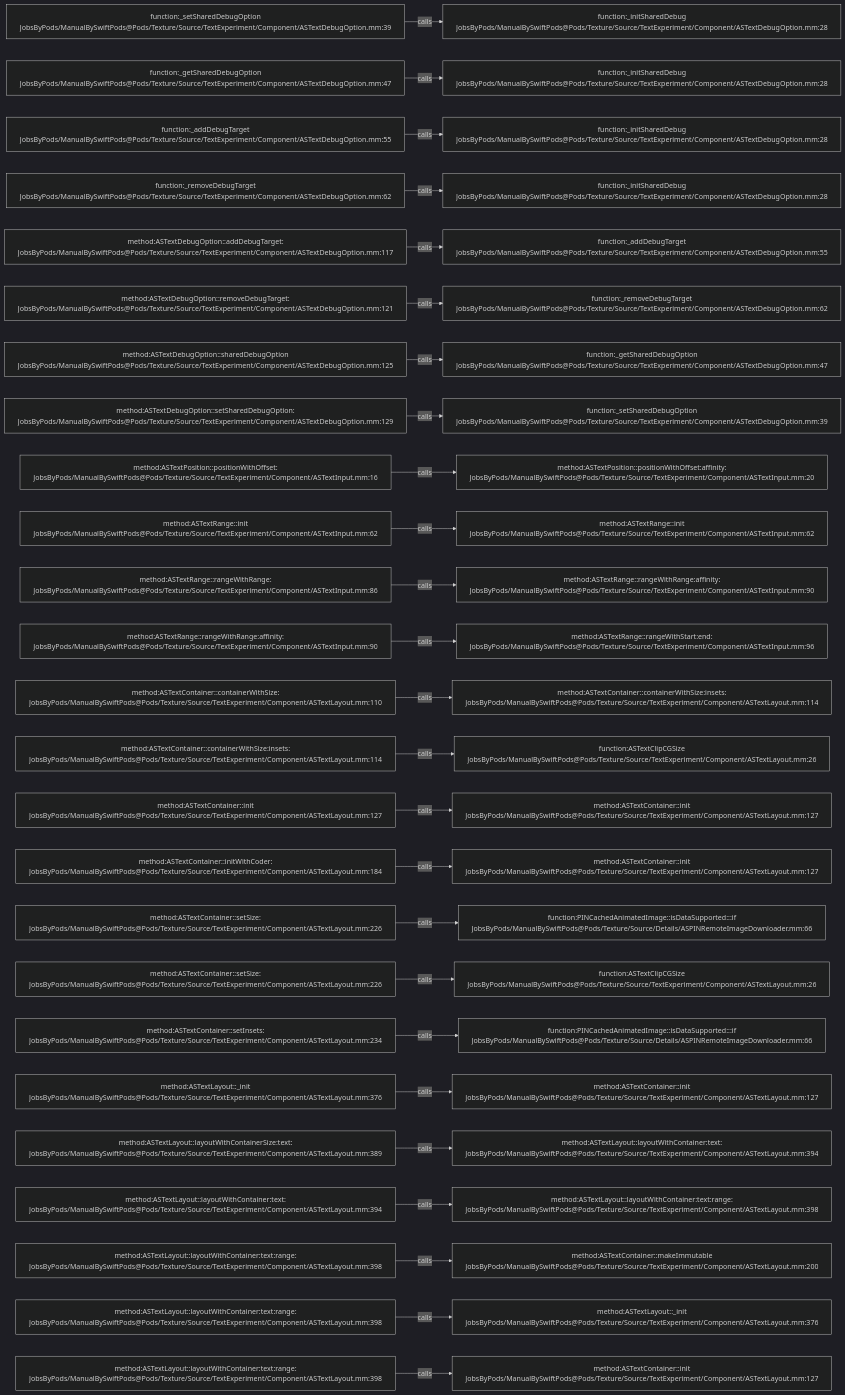
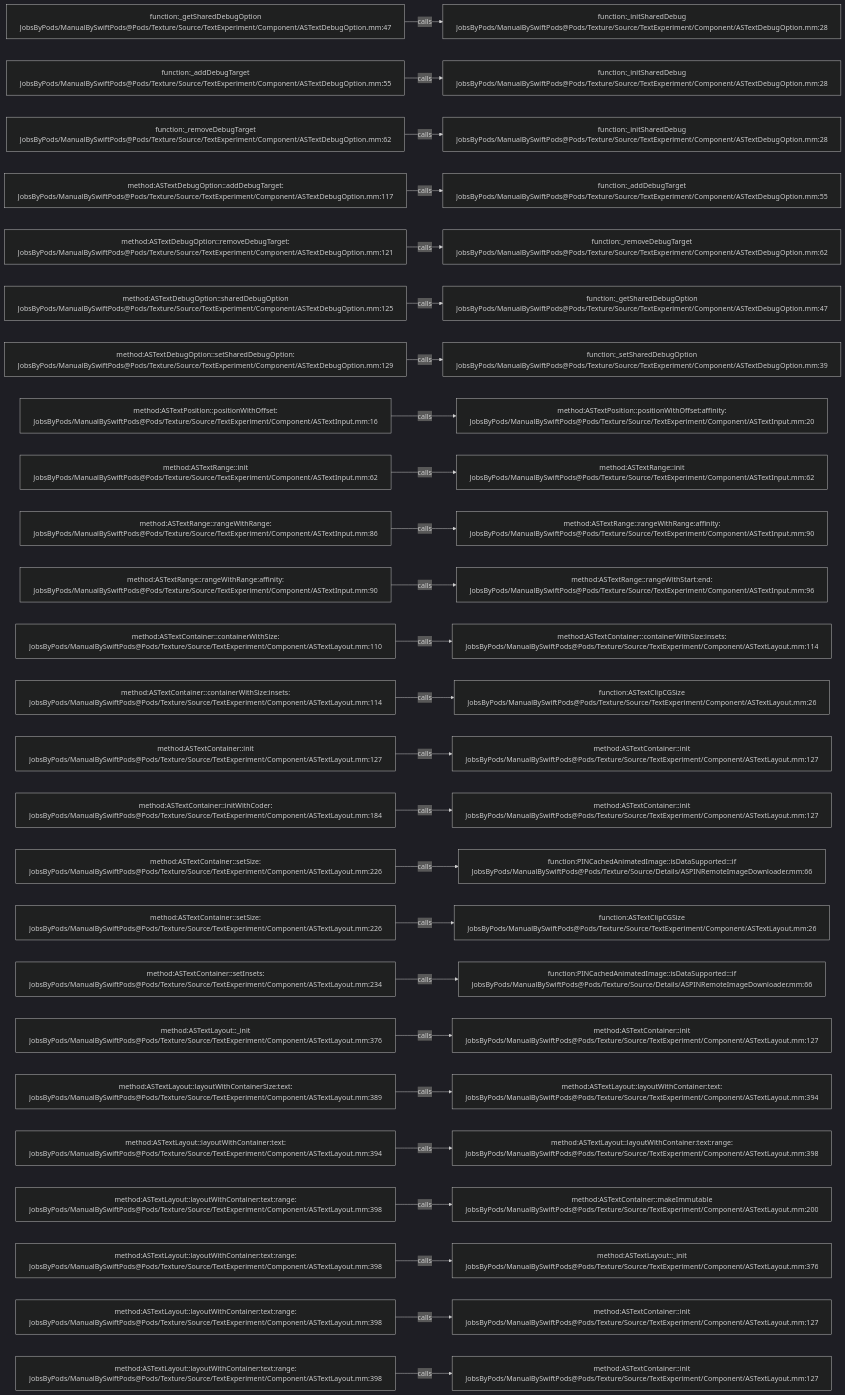
Before and after one commit to JobsKits/JobsSwiftBaseConfigDemo: the diagram in .codegraph/codegraph.md/graphs/calls-131.md, drawn with Mermaid (dark theme). The commit also changed 747 other files, not shown here.

````diff
--- a/.codegraph/codegraph.md/graphs/calls-131.md
+++ b/.codegraph/codegraph.md/graphs/calls-131.md
@@ -13,78 +13,78 @@
 ```mermaid
 flowchart LR
-  S1["function:_setSharedDebugOption<br/>JobsByPods/ManualBySwiftPods@Pods/Texture/Source/TextExperiment/Component/ASTextDebugOption.mm:39"]
+  S1["function:_getSharedDebugOption<br/>JobsByPods/ManualBySwiftPods@Pods/Texture/Source/TextExperiment/Component/ASTextDebugOption.mm:47"]
   T1["function:_initSharedDebug<br/>JobsByPods/ManualBySwiftPods@Pods/Texture/Source/TextExperiment/Component/ASTextDebugOption.mm:28"]
   S1 -->|calls| T1
-  S2["function:_getSharedDebugOption<br/>JobsByPods/ManualBySwiftPods@Pods/Texture/Source/TextExperiment/Component/ASTextDebugOption.mm:47"]
+  S2["function:_addDebugTarget<br/>JobsByPods/ManualBySwiftPods@Pods/Texture/Source/TextExperiment/Component/ASTextDebugOption.mm:55"]
   T2["function:_initSharedDebug<br/>JobsByPods/ManualBySwiftPods@Pods/Texture/Source/TextExperiment/Component/ASTextDebugOption.mm:28"]
   S2 -->|calls| T2
-  S3["function:_addDebugTarget<br/>JobsByPods/ManualBySwiftPods@Pods/Texture/Source/TextExperiment/Component/ASTextDebugOption.mm:55"]
+  S3["function:_removeDebugTarget<br/>JobsByPods/ManualBySwiftPods@Pods/Texture/Source/TextExperiment/Component/ASTextDebugOption.mm:62"]
   T3["function:_initSharedDebug<br/>JobsByPods/ManualBySwiftPods@Pods/Texture/Source/TextExperiment/Component/ASTextDebugOption.mm:28"]
   S3 -->|calls| T3
-  S4["function:_removeDebugTarget<br/>JobsByPods/ManualBySwiftPods@Pods/Texture/Source/TextExperiment/Component/ASTextDebugOption.mm:62"]
-  T4["function:_initSharedDebug<br/>JobsByPods/ManualBySwiftPods@Pods/Texture/Source/TextExperiment/Component/ASTextDebugOption.mm:28"]
+  S4["method:ASTextDebugOption::addDebugTarget:<br/>JobsByPods/ManualBySwiftPods@Pods/Texture/Source/TextExperiment/Component/ASTextDebugOption.mm:117"]
+  T4["function:_addDebugTarget<br/>JobsByPods/ManualBySwiftPods@Pods/Texture/Source/TextExperiment/Component/ASTextDebugOption.mm:55"]
   S4 -->|calls| T4
-  S5["method:ASTextDebugOption::addDebugTarget:<br/>JobsByPods/ManualBySwiftPods@Pods/Texture/Source/TextExperiment/Component/ASTextDebugOption.mm:117"]
-  T5["function:_addDebugTarget<br/>JobsByPods/ManualBySwiftPods@Pods/Texture/Source/TextExperiment/Component/ASTextDebugOption.mm:55"]
+  S5["method:ASTextDebugOption::removeDebugTarget:<br/>JobsByPods/ManualBySwiftPods@Pods/Texture/Source/TextExperiment/Component/ASTextDebugOption.mm:121"]
+  T5["function:_removeDebugTarget<br/>JobsByPods/ManualBySwiftPods@Pods/Texture/Source/TextExperiment/Component/ASTextDebugOption.mm:62"]
   S5 -->|calls| T5
-  S6["method:ASTextDebugOption::removeDebugTarget:<br/>JobsByPods/ManualBySwiftPods@Pods/Texture/Source/TextExperiment/Component/ASTextDebugOption.mm:121"]
-  T6["function:_removeDebugTarget<br/>JobsByPods/ManualBySwiftPods@Pods/Texture/Source/TextExperiment/Component/ASTextDebugOption.mm:62"]
+  S6["method:ASTextDebugOption::sharedDebugOption<br/>JobsByPods/ManualBySwiftPods@Pods/Texture/Source/TextExperiment/Component/ASTextDebugOption.mm:125"]
+  T6["function:_getSharedDebugOption<br/>JobsByPods/ManualBySwiftPods@Pods/Texture/Source/TextExperiment/Component/ASTextDebugOption.mm:47"]
   S6 -->|calls| T6
-  S7["method:ASTextDebugOption::sharedDebugOption<br/>JobsByPods/ManualBySwiftPods@Pods/Texture/Source/TextExperiment/Component/ASTextDebugOption.mm:125"]
-  T7["function:_getSharedDebugOption<br/>JobsByPods/ManualBySwiftPods@Pods/Texture/Source/TextExperiment/Component/ASTextDebugOption.mm:47"]
+  S7["method:ASTextDebugOption::setSharedDebugOption:<br/>JobsByPods/ManualBySwiftPods@Pods/Texture/Source/TextExperiment/Component/ASTextDebugOption.mm:129"]
+  T7["function:_setSharedDebugOption<br/>JobsByPods/ManualBySwiftPods@Pods/Texture/Source/TextExperiment/Component/ASTextDebugOption.mm:39"]
   S7 -->|calls| T7
-  S8["method:ASTextDebugOption::setSharedDebugOption:<br/>JobsByPods/ManualBySwiftPods@Pods/Texture/Source/TextExperiment/Component/ASTextDebugOption.mm:129"]
-  T8["function:_setSharedDebugOption<br/>JobsByPods/ManualBySwiftPods@Pods/Texture/Source/TextExperiment/Component/ASTextDebugOption.mm:39"]
+  S8["method:ASTextPosition::positionWithOffset:<br/>JobsByPods/ManualBySwiftPods@Pods/Texture/Source/TextExperiment/Component/ASTextInput.mm:16"]
+  T8["method:ASTextPosition::positionWithOffset:affinity:<br/>JobsByPods/ManualBySwiftPods@Pods/Texture/Source/TextExperiment/Component/ASTextInput.mm:20"]
   S8 -->|calls| T8
-  S9["method:ASTextPosition::positionWithOffset:<br/>JobsByPods/ManualBySwiftPods@Pods/Texture/Source/TextExperiment/Component/ASTextInput.mm:16"]
-  T9["method:ASTextPosition::positionWithOffset:affinity:<br/>JobsByPods/ManualBySwiftPods@Pods/Texture/Source/TextExperiment/Component/ASTextInput.mm:20"]
+  S9["method:ASTextRange::init<br/>JobsByPods/ManualBySwiftPods@Pods/Texture/Source/TextExperiment/Component/ASTextInput.mm:62"]
+  T9["method:ASTextRange::init<br/>JobsByPods/ManualBySwiftPods@Pods/Texture/Source/TextExperiment/Component/ASTextInput.mm:62"]
   S9 -->|calls| T9
-  S10["method:ASTextRange::init<br/>JobsByPods/ManualBySwiftPods@Pods/Texture/Source/TextExperiment/Component/ASTextInput.mm:62"]
-  T10["method:ASTextRange::init<br/>JobsByPods/ManualBySwiftPods@Pods/Texture/Source/TextExperiment/Component/ASTextInput.mm:62"]
+  S10["method:ASTextRange::rangeWithRange:<br/>JobsByPods/ManualBySwiftPods@Pods/Texture/Source/TextExperiment/Component/ASTextInput.mm:86"]
+  T10["method:ASTextRange::rangeWithRange:affinity:<br/>JobsByPods/ManualBySwiftPods@Pods/Texture/Source/TextExperiment/Component/ASTextInput.mm:90"]
   S10 -->|calls| T10
-  S11["method:ASTextRange::rangeWithRange:<br/>JobsByPods/ManualBySwiftPods@Pods/Texture/Source/TextExperiment/Component/ASTextInput.mm:86"]
-  T11["method:ASTextRange::rangeWithRange:affinity:<br/>JobsByPods/ManualBySwiftPods@Pods/Texture/Source/TextExperiment/Component/ASTextInput.mm:90"]
+  S11["method:ASTextRange::rangeWithRange:affinity:<br/>JobsByPods/ManualBySwiftPods@Pods/Texture/Source/TextExperiment/Component/ASTextInput.mm:90"]
+  T11["method:ASTextRange::rangeWithStart:end:<br/>JobsByPods/ManualBySwiftPods@Pods/Texture/Source/TextExperiment/Component/ASTextInput.mm:96"]
   S11 -->|calls| T11
-  S12["method:ASTextRange::rangeWithRange:affinity:<br/>JobsByPods/ManualBySwiftPods@Pods/Texture/Source/TextExperiment/Component/ASTextInput.mm:90"]
-  T12["method:ASTextRange::rangeWithStart:end:<br/>JobsByPods/ManualBySwiftPods@Pods/Texture/Source/TextExperiment/Component/ASTextInput.mm:96"]
+  S12["method:ASTextContainer::containerWithSize:<br/>JobsByPods/ManualBySwiftPods@Pods/Texture/Source/TextExperiment/Component/ASTextLayout.mm:110"]
+  T12["method:ASTextContainer::containerWithSize:insets:<br/>JobsByPods/ManualBySwiftPods@Pods/Texture/Source/TextExperiment/Component/ASTextLayout.mm:114"]
   S12 -->|calls| T12
-  S13["method:ASTextContainer::containerWithSize:<br/>JobsByPods/ManualBySwiftPods@Pods/Texture/Source/TextExperiment/Component/ASTextLayout.mm:110"]
-  T13["method:ASTextContainer::containerWithSize:insets:<br/>JobsByPods/ManualBySwiftPods@Pods/Texture/Source/TextExperiment/Component/ASTextLayout.mm:114"]
+  S13["method:ASTextContainer::containerWithSize:insets:<br/>JobsByPods/ManualBySwiftPods@Pods/Texture/Source/TextExperiment/Component/ASTextLayout.mm:114"]
+  T13["function:ASTextClipCGSize<br/>JobsByPods/ManualBySwiftPods@Pods/Texture/Source/TextExperiment/Component/ASTextLayout.mm:26"]
   S13 -->|calls| T13
-  S14["method:ASTextContainer::containerWithSize:insets:<br/>JobsByPods/ManualBySwiftPods@Pods/Texture/Source/TextExperiment/Component/ASTextLayout.mm:114"]
-  T14["function:ASTextClipCGSize<br/>JobsByPods/ManualBySwiftPods@Pods/Texture/Source/TextExperiment/Component/ASTextLayout.mm:26"]
+  S14["method:ASTextContainer::init<br/>JobsByPods/ManualBySwiftPods@Pods/Texture/Source/TextExperiment/Component/ASTextLayout.mm:127"]
+  T14["method:ASTextContainer::init<br/>JobsByPods/ManualBySwiftPods@Pods/Texture/Source/TextExperiment/Component/ASTextLayout.mm:127"]
   S14 -->|calls| T14
-  S15["method:ASTextContainer::init<br/>JobsByPods/ManualBySwiftPods@Pods/Texture/Source/TextExperiment/Component/ASTextLayout.mm:127"]
+  S15["method:ASTextContainer::initWithCoder:<br/>JobsByPods/ManualBySwiftPods@Pods/Texture/Source/TextExperiment/Component/ASTextLayout.mm:184"]
   T15["method:ASTextContainer::init<br/>JobsByPods/ManualBySwiftPods@Pods/Texture/Source/TextExperiment/Component/ASTextLayout.mm:127"]
   S15 -->|calls| T15
-  S16["method:ASTextContainer::initWithCoder:<br/>JobsByPods/ManualBySwiftPods@Pods/Texture/Source/TextExperiment/Component/ASTextLayout.mm:184"]
-  T16["method:ASTextContainer::init<br/>JobsByPods/ManualBySwiftPods@Pods/Texture/Source/TextExperiment/Component/ASTextLayout.mm:127"]
+  S16["method:ASTextContainer::setSize:<br/>JobsByPods/ManualBySwiftPods@Pods/Texture/Source/TextExperiment/Component/ASTextLayout.mm:226"]
+  T16["function:PINCachedAnimatedImage::isDataSupported:::if<br/>JobsByPods/ManualBySwiftPods@Pods/Texture/Source/Details/ASPINRemoteImageDownloader.mm:66"]
   S16 -->|calls| T16
   S17["method:ASTextContainer::setSize:<br/>JobsByPods/ManualBySwiftPods@Pods/Texture/Source/TextExperiment/Component/ASTextLayout.mm:226"]
-  T17["function:PINCachedAnimatedImage::isDataSupported:::if<br/>JobsByPods/ManualBySwiftPods@Pods/Texture/Source/Details/ASPINRemoteImageDownloader.mm:66"]
+  T17["function:ASTextClipCGSize<br/>JobsByPods/ManualBySwiftPods@Pods/Texture/Source/TextExperiment/Component/ASTextLayout.mm:26"]
   S17 -->|calls| T17
-  S18["method:ASTextContainer::setSize:<br/>JobsByPods/ManualBySwiftPods@Pods/Texture/Source/TextExperiment/Component/ASTextLayout.mm:226"]
-  T18["function:ASTextClipCGSize<br/>JobsByPods/ManualBySwiftPods@Pods/Texture/Source/TextExperiment/Component/ASTextLayout.mm:26"]
+  S18["method:ASTextContainer::setInsets:<br/>JobsByPods/ManualBySwiftPods@Pods/Texture/Source/TextExperiment/Component/ASTextLayout.mm:234"]
+  T18["function:PINCachedAnimatedImage::isDataSupported:::if<br/>JobsByPods/ManualBySwiftPods@Pods/Texture/Source/Details/ASPINRemoteImageDownloader.mm:66"]
   S18 -->|calls| T18
-  S19["method:ASTextContainer::setInsets:<br/>JobsByPods/ManualBySwiftPods@Pods/Texture/Source/TextExperiment/Component/ASTextLayout.mm:234"]
-  T19["function:PINCachedAnimatedImage::isDataSupported:::if<br/>JobsByPods/ManualBySwiftPods@Pods/Texture/Source/Details/ASPINRemoteImageDownloader.mm:66"]
+  S19["method:ASTextLayout::_init<br/>JobsByPods/ManualBySwiftPods@Pods/Texture/Source/TextExperiment/Component/ASTextLayout.mm:376"]
+  T19["method:ASTextContainer::init<br/>JobsByPods/ManualBySwiftPods@Pods/Texture/Source/TextExperiment/Component/ASTextLayout.mm:127"]
   S19 -->|calls| T19
-  S20["method:ASTextLayout::_init<br/>JobsByPods/ManualBySwiftPods@Pods/Texture/Source/TextExperiment/Component/ASTextLayout.mm:376"]
-  T20["method:ASTextContainer::init<br/>JobsByPods/ManualBySwiftPods@Pods/Texture/Source/TextExperiment/Component/ASTextLayout.mm:127"]
+  S20["method:ASTextLayout::layoutWithContainerSize:text:<br/>JobsByPods/ManualBySwiftPods@Pods/Texture/Source/TextExperiment/Component/ASTextLayout.mm:389"]
+  T20["method:ASTextLayout::layoutWithContainer:text:<br/>JobsByPods/ManualBySwiftPods@Pods/Texture/Source/TextExperiment/Component/ASTextLayout.mm:394"]
   S20 -->|calls| T20
-  S21["method:ASTextLayout::layoutWithContainerSize:text:<br/>JobsByPods/ManualBySwiftPods@Pods/Texture/Source/TextExperiment/Component/ASTextLayout.mm:389"]
-  T21["method:ASTextLayout::layoutWithContainer:text:<br/>JobsByPods/ManualBySwiftPods@Pods/Texture/Source/TextExperiment/Component/ASTextLayout.mm:394"]
+  S21["method:ASTextLayout::layoutWithContainer:text:<br/>JobsByPods/ManualBySwiftPods@Pods/Texture/Source/TextExperiment/Component/ASTextLayout.mm:394"]
+  T21["method:ASTextLayout::layoutWithContainer:text:range:<br/>JobsByPods/ManualBySwiftPods@Pods/Texture/Source/TextExperiment/Component/ASTextLayout.mm:398"]
   S21 -->|calls| T21
-  S22["method:ASTextLayout::layoutWithContainer:text:<br/>JobsByPods/ManualBySwiftPods@Pods/Texture/Source/TextExperiment/Component/ASTextLayout.mm:394"]
-  T22["method:ASTextLayout::layoutWithContainer:text:range:<br/>JobsByPods/ManualBySwiftPods@Pods/Texture/Source/TextExperiment/Component/ASTextLayout.mm:398"]
+  S22["method:ASTextLayout::layoutWithContainer:text:range:<br/>JobsByPods/ManualBySwiftPods@Pods/Texture/Source/TextExperiment/Component/ASTextLayout.mm:398"]
+  T22["method:ASTextContainer::makeImmutable<br/>JobsByPods/ManualBySwiftPods@Pods/Texture/Source/TextExperiment/Component/ASTextLayout.mm:200"]
   S22 -->|calls| T22
   S23["method:ASTextLayout::layoutWithContainer:text:range:<br/>JobsByPods/ManualBySwiftPods@Pods/Texture/Source/TextExperiment/Component/ASTextLayout.mm:398"]
-  T23["method:ASTextContainer::makeImmutable<br/>JobsByPods/ManualBySwiftPods@Pods/Texture/Source/TextExperiment/Component/ASTextLayout.mm:200"]
+  T23["method:ASTextLayout::_init<br/>JobsByPods/ManualBySwiftPods@Pods/Texture/Source/TextExperiment/Component/ASTextLayout.mm:376"]
   S23 -->|calls| T23
   S24["method:ASTextLayout::layoutWithContainer:text:range:<br/>JobsByPods/ManualBySwiftPods@Pods/Texture/Source/TextExperiment/Component/ASTextLayout.mm:398"]
-  T24["method:ASTextLayout::_init<br/>JobsByPods/ManualBySwiftPods@Pods/Texture/Source/TextExperiment/Component/ASTextLayout.mm:376"]
+  T24["method:ASTextContainer::init<br/>JobsByPods/ManualBySwiftPods@Pods/Texture/Source/TextExperiment/Component/ASTextLayout.mm:127"]
   S24 -->|calls| T24
   S25["method:ASTextLayout::layoutWithContainer:text:range:<br/>JobsByPods/ManualBySwiftPods@Pods/Texture/Source/TextExperiment/Component/ASTextLayout.mm:398"]
   T25["method:ASTextContainer::init<br/>JobsByPods/ManualBySwiftPods@Pods/Texture/Source/TextExperiment/Component/ASTextLayout.mm:127"]
   S25 -->|calls| T25
 ```
````
